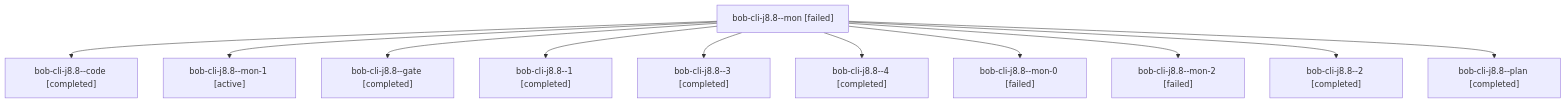
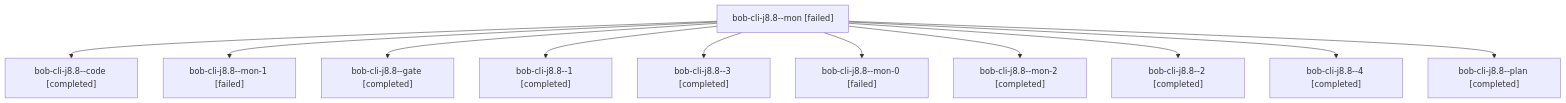
Before and after one commit to bobs-org/bob-cli--agents: the diagram in sessions/bbugyi200.apollo.bob-cli-j8.8.md, drawn with Mermaid. The commit also changed other lines of this file and 103 other files, not shown here.

````diff
--- a/sessions/bbugyi200.apollo.bob-cli-j8.8.md
+++ b/sessions/bbugyi200.apollo.bob-cli-j8.8.md
@@ -9,24 +9,24 @@
 ```mermaid
 flowchart TD
   n0["bob-cli-j8.8--mon [failed]"]
   n1["bob-cli-j8.8--code [completed]"]
   n0 --> n1
-  n2["bob-cli-j8.8--mon-1 [active]"]
+  n2["bob-cli-j8.8--mon-1 [failed]"]
   n0 --> n2
   n3["bob-cli-j8.8--gate [completed]"]
   n0 --> n3
   n4["bob-cli-j8.8--1 [completed]"]
   n0 --> n4
   n5["bob-cli-j8.8--3 [completed]"]
   n0 --> n5
-  n6["bob-cli-j8.8--4 [completed]"]
+  n6["bob-cli-j8.8--mon-0 [failed]"]
   n0 --> n6
-  n7["bob-cli-j8.8--mon-0 [failed]"]
+  n7["bob-cli-j8.8--mon-2 [completed]"]
   n0 --> n7
-  n8["bob-cli-j8.8--mon-2 [failed]"]
+  n8["bob-cli-j8.8--2 [completed]"]
   n0 --> n8
-  n9["bob-cli-j8.8--2 [completed]"]
+  n9["bob-cli-j8.8--4 [completed]"]
   n0 --> n9
   n10["bob-cli-j8.8--plan [completed]"]
   n0 --> n10
 ```
````
